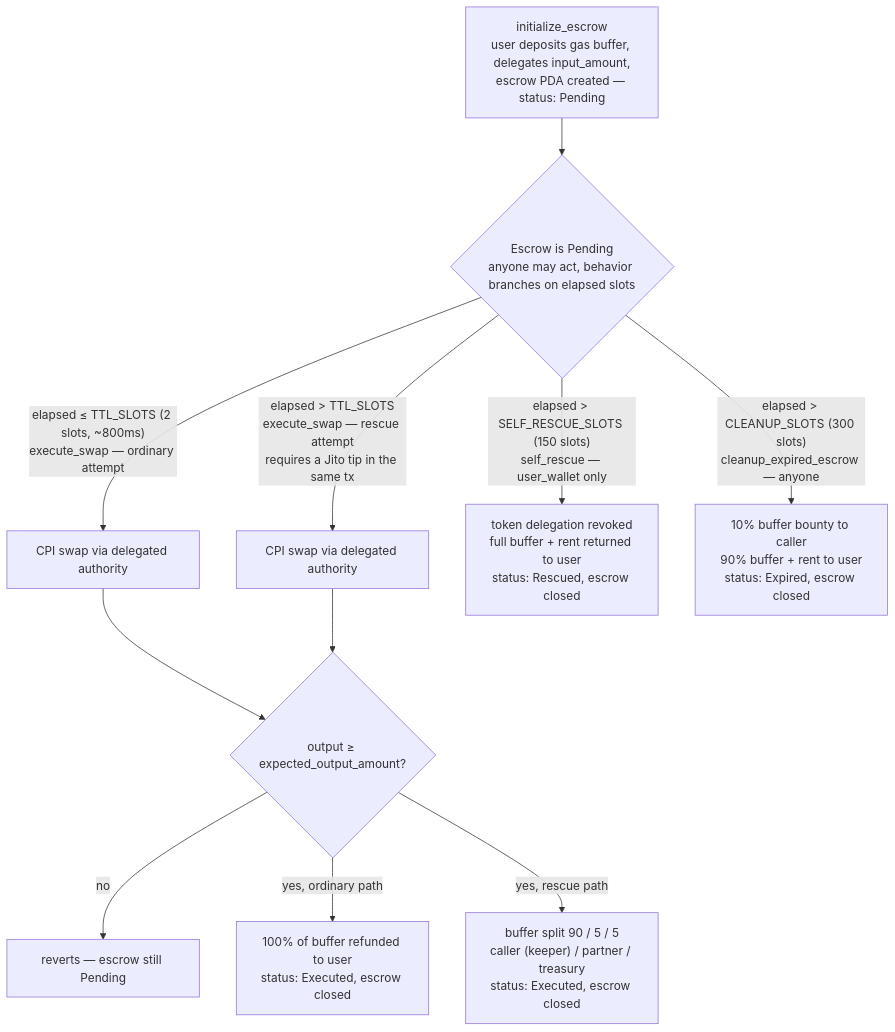
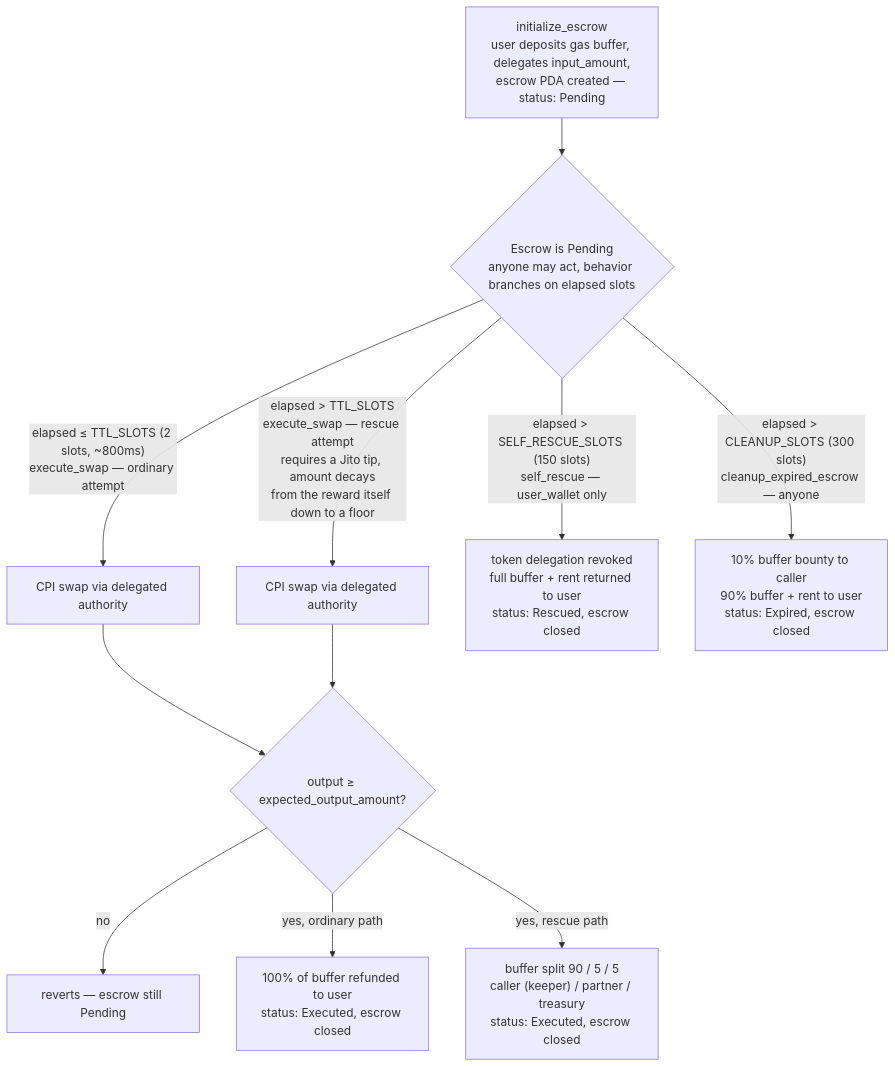
One commit to Inertia-Protocol/inertia-protocol changed the diagram in README.md. Above: the diagram before and after it, drawn with Mermaid. The commit also changed other lines of this file, not shown here.

First line of the commit message:
docs: update README to reflect the anti-snipe tip mechanism

````diff
--- a/README.md
+++ b/README.md
@@ -13,17 +13,17 @@
 ```mermaid
 flowchart TD
     A["initialize_escrow<br/>user deposits gas buffer, delegates input_amount,<br/>escrow PDA created — status: Pending"] --> B{"Escrow is Pending<br/>anyone may act, behavior branches on elapsed slots"}
 
     B -->|"elapsed &le; TTL_SLOTS (2 slots, ~800ms)<br/>execute_swap — ordinary attempt"| C["CPI swap via delegated authority"]
-    B -->|"elapsed &gt; TTL_SLOTS<br/>execute_swap — rescue attempt<br/>requires a Jito tip in the same tx"| D["CPI swap via delegated authority"]
+    B -->|"elapsed &gt; TTL_SLOTS<br/>execute_swap — rescue attempt<br/>requires a Jito tip, amount decays<br/>from the reward itself down to a floor"| D["CPI swap via delegated authority"]
 
     C --> E{"output &ge; expected_output_amount?"}
     D --> E
     E -->|"no"| F["reverts — escrow still Pending"]
     E -->|"yes, ordinary path"| G["100% of buffer refunded to user<br/>status: Executed, escrow closed"]
     E -->|"yes, rescue path"| H["buffer split 90 / 5 / 5<br/>caller (keeper) / partner / treasury<br/>status: Executed, escrow closed"]
 
     B -->|"elapsed &gt; SELF_RESCUE_SLOTS (150 slots)<br/>self_rescue — user_wallet only"| I["token delegation revoked<br/>full buffer + rent returned to user<br/>status: Rescued, escrow closed"]
 
     B -->|"elapsed &gt; CLEANUP_SLOTS (300 slots)<br/>cleanup_expired_escrow — anyone"| J["10% buffer bounty to caller<br/>90% buffer + rent to user<br/>status: Expired, escrow closed"]
 ```
````
